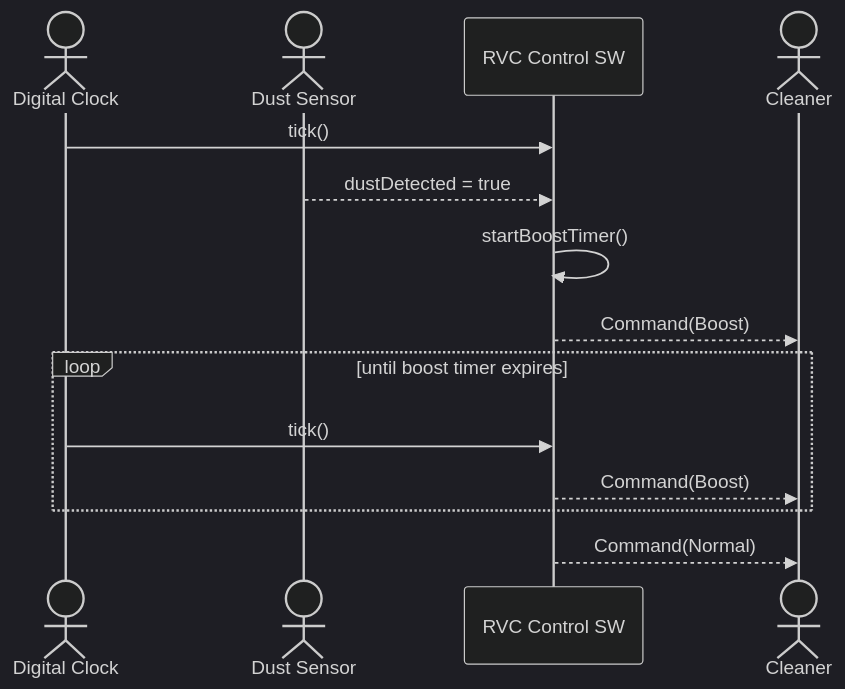
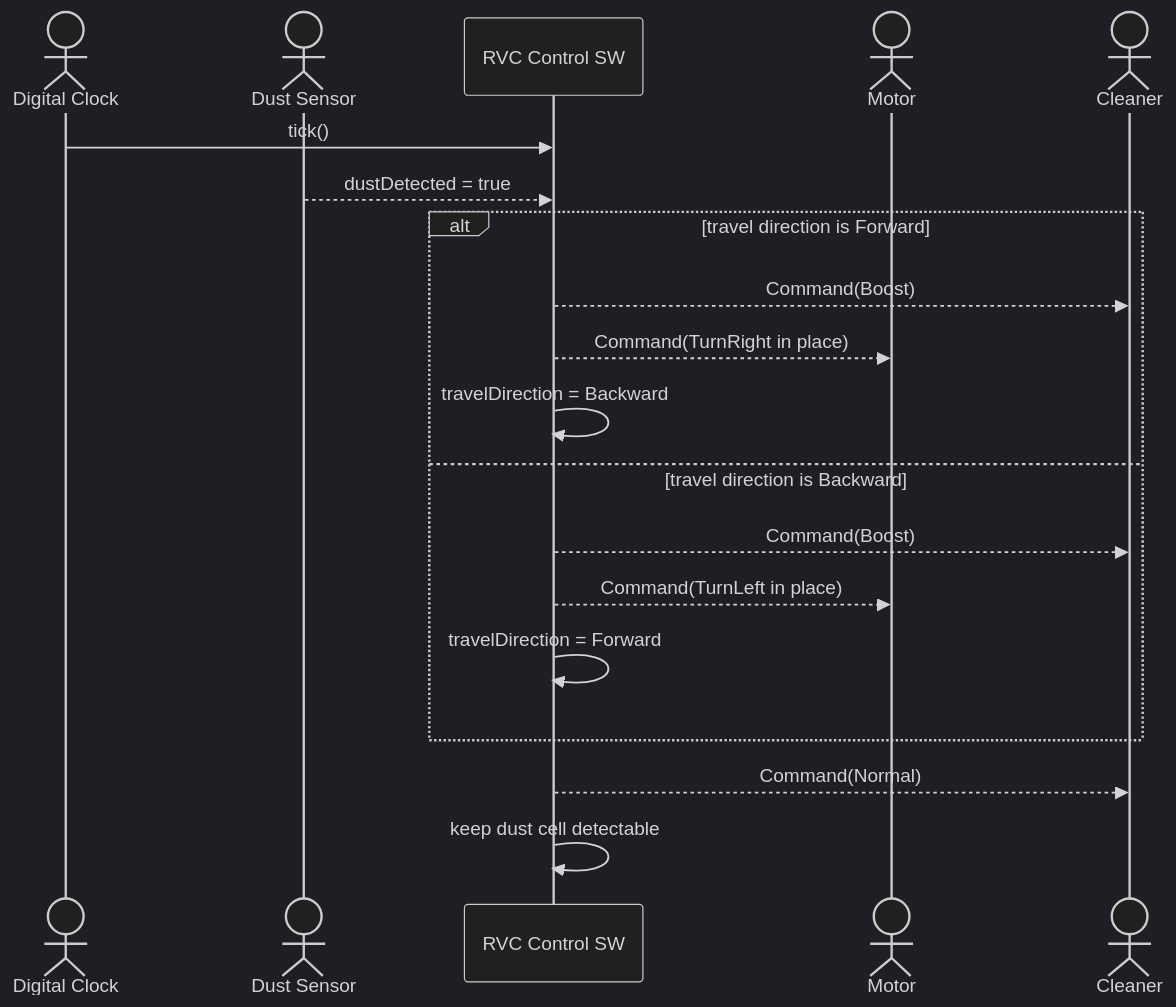
Before and after one commit to reload02/ooad-vibe: the seventh of 8 diagrams in docs/srs.md, drawn with Mermaid (dark theme). The commit also changed other lines of this file and 9 other files, not shown here.

````diff
--- a/docs/srs.md
+++ b/docs/srs.md
@@ -471,17 +534,22 @@
 ```mermaid
 sequenceDiagram
     actor Clock as Digital Clock
     actor DustSensor as Dust Sensor
     participant System as RVC Control SW
+    actor Motor
     actor Cleaner
 
     Clock->>System: tick()
     DustSensor-->>System: dustDetected = true
-    System->>System: startBoostTimer()
-    System-->>Cleaner: Command(Boost)
-    loop until boost timer expires
-        Clock->>System: tick()
+    alt travel direction is Forward
         System-->>Cleaner: Command(Boost)
+        System-->>Motor: Command(TurnRight in place)
+        System->>System: travelDirection = Backward
+    else travel direction is Backward
+        System-->>Cleaner: Command(Boost)
+        System-->>Motor: Command(TurnLeft in place)
+        System->>System: travelDirection = Forward
     end
     System-->>Cleaner: Command(Normal)
+    System->>System: keep dust cell detectable
 ```
````
